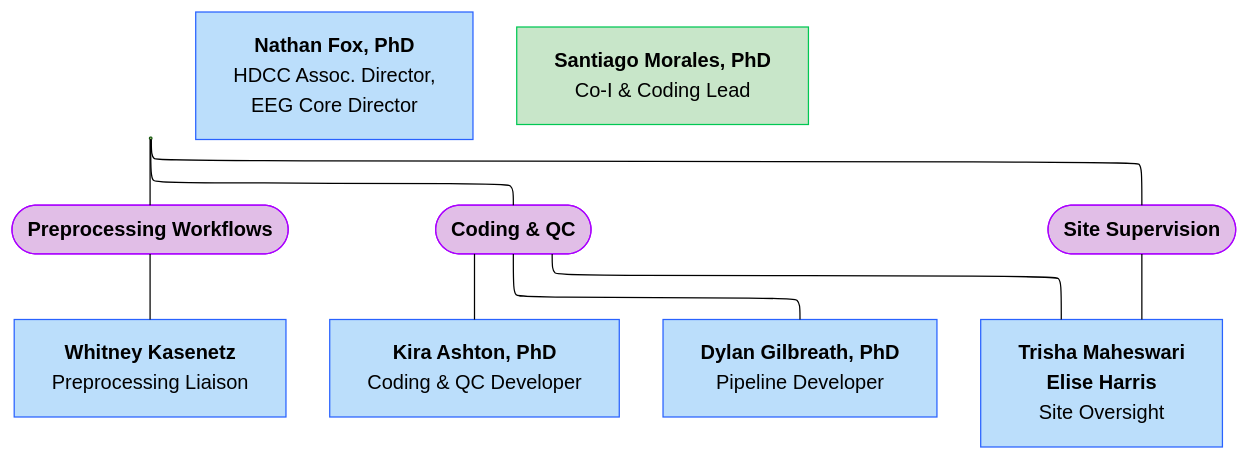
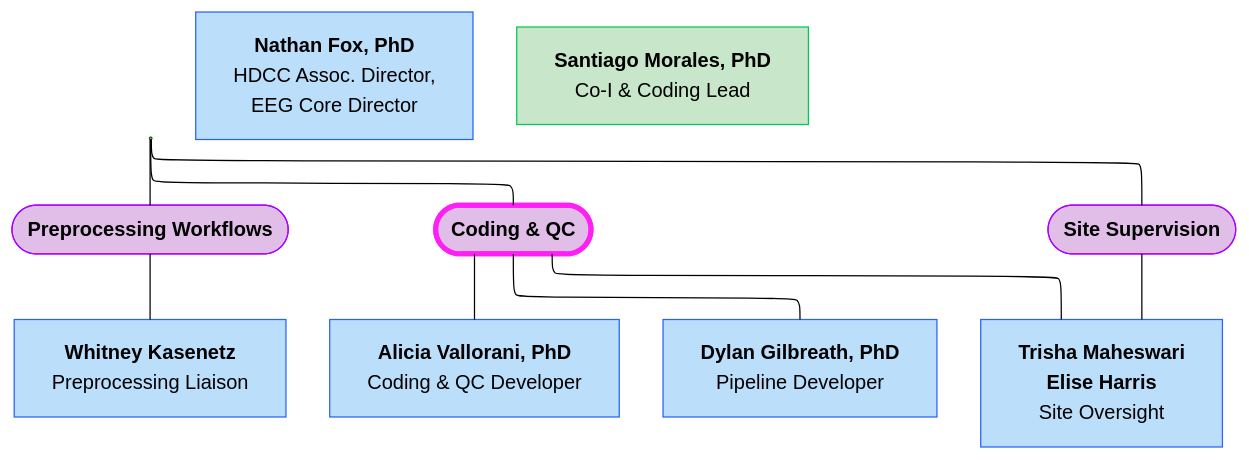
The diagram in docs/orgcharts/mermaid/umd.mmd (DCAN-Labs/hbcd-docs-internal), drawn with Mermaid (forest theme) before and after one commit. The commit also changed 2 other files, not shown here.

```diff
--- a/docs/orgcharts/mermaid/umd.mmd
+++ b/docs/orgcharts/mermaid/umd.mmd
@@ -1,24 +1,25 @@
 ---
 config:
   layout: elk
 ---
 flowchart TB
     n16["<b>Nathan Fox, PhD</b><br>Associate Dir, EEG Data Core"] --- n17(["<b>Preprocessing Workflows</b>"]) & n19(["<b>Coding &amp; QC</b>"]) & n29(["<b>Site Supervision</b>"])
     n17 --- n18["<b>Whitney Kasenetz</b><br>Preprocessing Liaison"]
-    n19 --- n27["<b>Kira Ashton, PhD</b><br>Coding &amp; QC Developer"] & n28["<b>Dylan Gilbreath, PhD</b><br>Pipeline Developer"] & n30["<b>Trisha Maheswari</b><br><b>Elise Harris</b><br>Site Oversight"]
+    n19 --- n27@{ label: "<b><span style=\"background-color:\">Alicia Vallorani</span>, PhD<br></b>Coding &amp; QC Developer" } & n28["<b>Dylan Gilbreath, PhD</b><br>Pipeline Developer"] & n30["<b>Trisha Maheswari</b><br><b>Elise Harris</b><br>Site Oversight"]
     n29 --- n30
     n32@{ label: "<b>Nathan Fox, PhD</b><br><span style=\"color:\">HDCC Assoc. Director,<br>EEG Core Director</span>" }
     n33["<b>Santiago Morales, PhD</b><br>Co-I &amp; Coding Lead"]
     n16@{ shape: anchor}
+    n27@{ shape: rect}
     n32@{ shape: rect}
     n33@{ shape: rect}
     style n16 fill:#BBDEFB,stroke:#2962FF
     style n17 fill:#E1BEE7,stroke:#AA00FF
-    style n19 fill:#E1BEE7,stroke:#AA00FF
+    style n19 fill:#E1BEE7,stroke:#FF1FF4,stroke-width:4px,stroke-dasharray: 0
     style n29 fill:#E1BEE7,stroke:#AA00FF
     style n18 fill:#BBDEFB,stroke:#2962FF
     style n27 fill:#BBDEFB,stroke:#2962FF
     style n28 fill:#BBDEFB,stroke:#2962FF
     style n30 fill:#BBDEFB,stroke:#2962FF
     style n32 fill:#BBDEFB,stroke:#2962FF
     style n33 fill:#C8E6C9,stroke:#00C853
```
